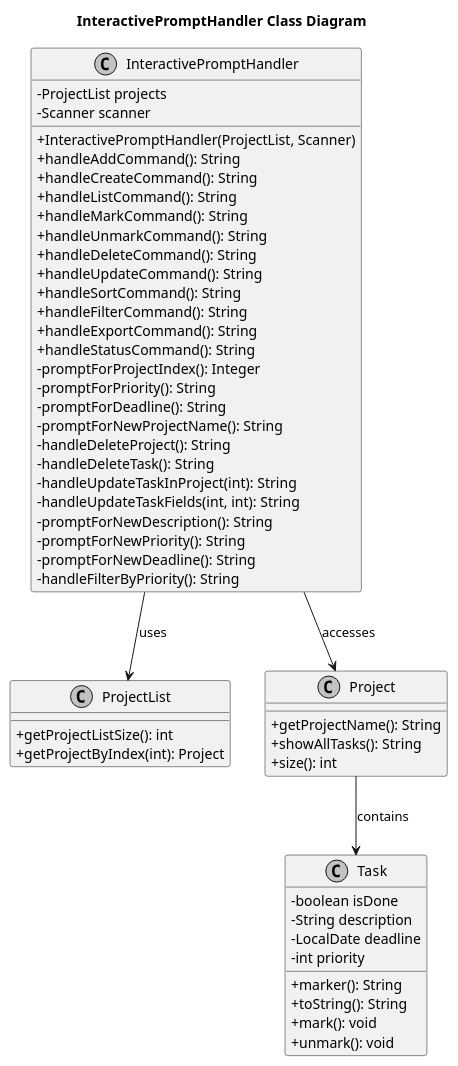
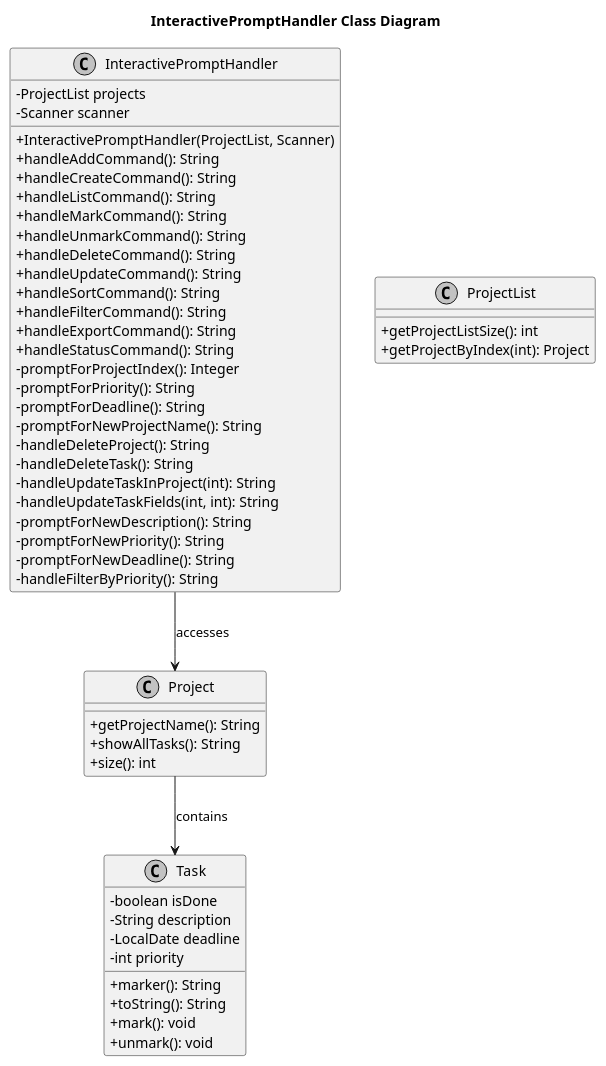
One commit to sean6369/tp changed the diagram in docs/plantUML/interactive-prompt-handler/interactiveprompthandler-class-diagram.puml. Above: the diagram before and after it, drawn with PlantUML. The commit also changed 1 other file, not shown here.

Commit message:
Remove redundant association arrow in InteractivePromptHandler class diagram
- Removed 'InteractivePromptHandler --> ProjectList : uses' arrow since the attribute '-ProjectList projects' already represents the association
- Regenerated PNG to reflect the corrected UML diagram
- Ensures compliance with UML standards by avoiding duplicate association representations

```diff
--- a/docs/plantUML/interactive-prompt-handler/interactiveprompthandler-class-diagram.puml
+++ b/docs/plantUML/interactive-prompt-handler/interactiveprompthandler-class-diagram.puml
@@ -1,62 +1,61 @@
 @startuml InteractivePromptHandler Class Diagram
 title InteractivePromptHandler Class Diagram
 
 skinparam classAttributeIconSize 0
 skinparam shadowing false
 skinparam monochrome true
 
 class InteractivePromptHandler {
     -ProjectList projects
     -Scanner scanner
     +InteractivePromptHandler(ProjectList, Scanner)
     +handleAddCommand(): String
     +handleCreateCommand(): String
     +handleListCommand(): String
     +handleMarkCommand(): String
     +handleUnmarkCommand(): String
     +handleDeleteCommand(): String
     +handleUpdateCommand(): String
     +handleSortCommand(): String
     +handleFilterCommand(): String
     +handleExportCommand(): String
     +handleStatusCommand(): String
     -promptForProjectIndex(): Integer
     -promptForPriority(): String
     -promptForDeadline(): String
     -promptForNewProjectName(): String
     -handleDeleteProject(): String
     -handleDeleteTask(): String
     -handleUpdateTaskInProject(int): String
     -handleUpdateTaskFields(int, int): String
     -promptForNewDescription(): String
     -promptForNewPriority(): String
     -promptForNewDeadline(): String
     -handleFilterByPriority(): String
 }
 
 class ProjectList {
     +getProjectListSize(): int
     +getProjectByIndex(int): Project
 }
 
 class Project {
     +getProjectName(): String
     +showAllTasks(): String
     +size(): int
 }
 
 class Task {
     -boolean isDone
     -String description
     -LocalDate deadline
     -int priority
     +marker(): String
     +toString(): String
     +mark(): void
     +unmark(): void
 }
 
-InteractivePromptHandler --> ProjectList : uses
 InteractivePromptHandler --> Project : accesses
 Project --> Task : contains
 @enduml
```
